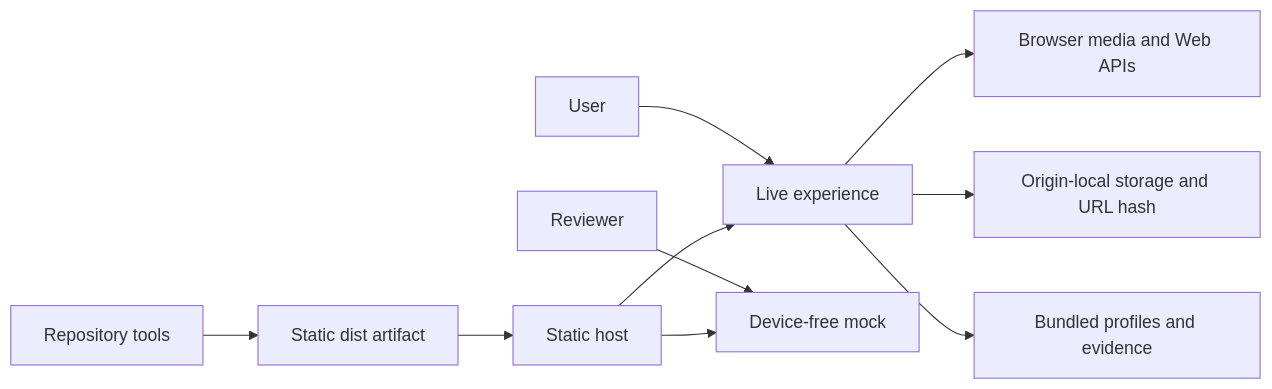
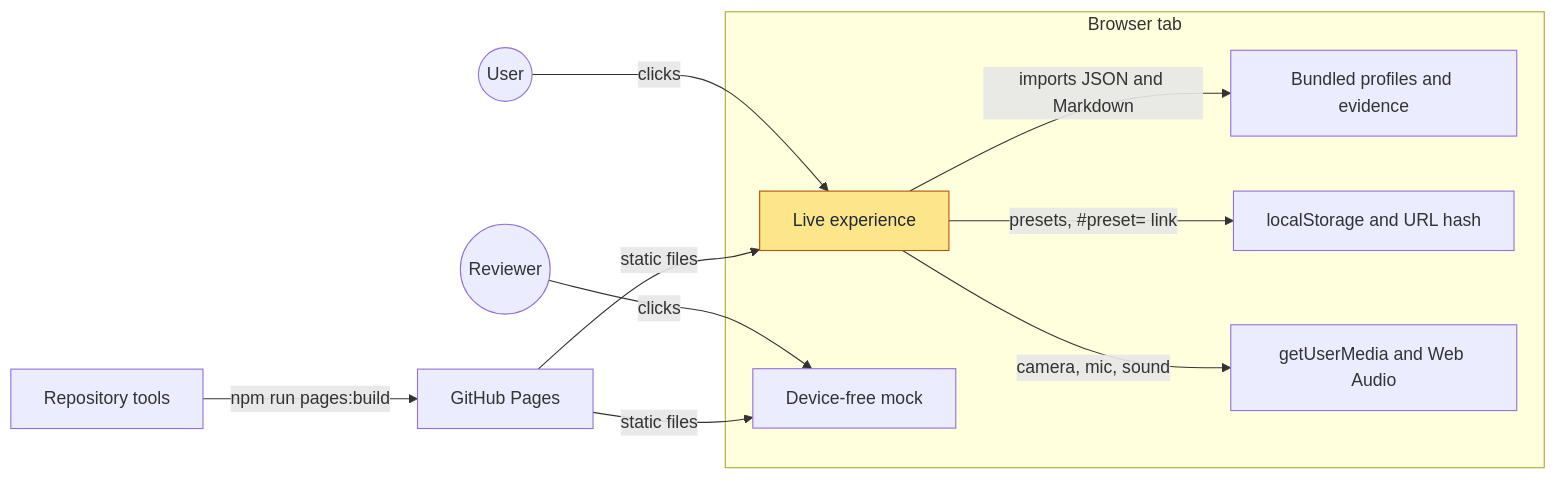
Before and after one commit to sebastianspicker/inner-echo: the first of 7 diagrams in docs/ARCHITECTURE.md, drawn with Mermaid. The commit also changed other lines of this file and 2 other files, not shown here.

````diff
--- a/docs/ARCHITECTURE.md
+++ b/docs/ARCHITECTURE.md
@@ -9,12 +15,20 @@
 ```mermaid
 flowchart LR
-  User[User] --> Live[Live experience]
-  Reviewer[Reviewer] --> Demo[Device-free mock]
-  Live --> Browser[Browser media and Web APIs]
-  Live --> Local[Origin-local storage and URL hash]
-  Live --> Bundled[Bundled profiles and evidence]
-  Build[Repository tools] --> Artifact[Static dist artifact]
-  Artifact --> Host[Static host]
-  Host --> Live
-  Host --> Demo
+  User((User)) -->|clicks| Live[Live experience]
+  Reviewer((Reviewer)) -->|clicks| Demo[Device-free mock]
+  subgraph browser [Browser tab]
+    Live
+    Demo
+    Bundled[Bundled profiles and evidence]
+    Local[localStorage and URL hash]
+    Media[getUserMedia and Web Audio]
+  end
+  Live -->|imports JSON and Markdown| Bundled
+  Live -->|"presets, #preset= link"| Local
+  Live -->|"camera, mic, sound"| Media
+  Build[Repository tools] -->|"npm run pages:build"| Host[GitHub Pages]
+  Host -->|static files| Live
+  Host -->|static files| Demo
+  classDef focus fill:#fde68a,stroke:#b45309,color:#1f2937
+  class Live focus
 ```
````
